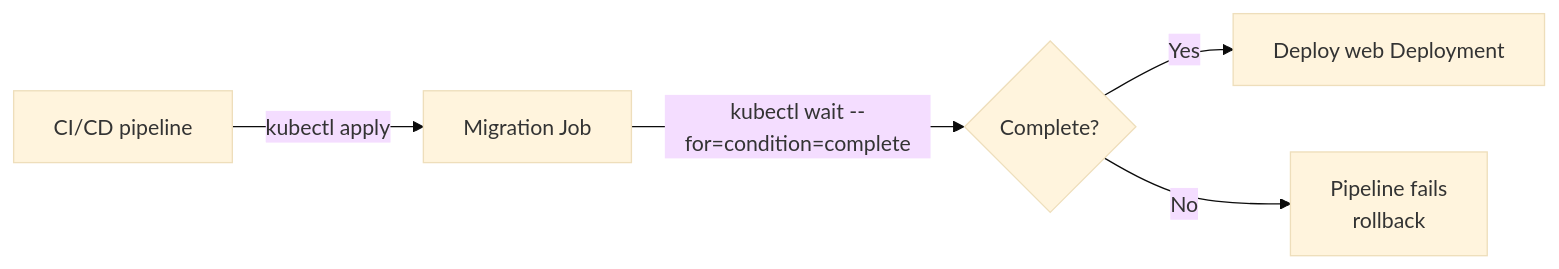
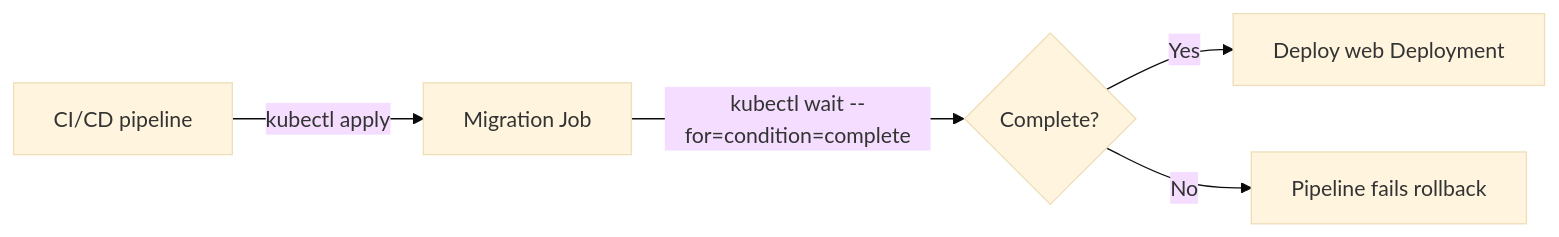
The second of 6 diagrams in 16_podman_to_k3s/04_migration_walkthrough.md (UncleJS/course_k3s), drawn with Mermaid (base theme) before and after one commit. The commit also changed other lines of this file and 57 other files, not shown here.

````diff
--- a/16_podman_to_k3s/04_migration_walkthrough.md
+++ b/16_podman_to_k3s/04_migration_walkthrough.md
@@ -738,7 +738,7 @@
 ```mermaid
 flowchart LR
     CI[CI/CD pipeline] -->|kubectl apply| MJ[Migration Job]
     MJ -->|kubectl wait --for=condition=complete| DONE{Complete?}
     DONE -->|Yes| APP[Deploy web Deployment]
-    DONE -->|No| FAIL[Pipeline fails\nrollback]
+    DONE -->|No| FAIL[Pipeline fails rollback]
 ```
````
